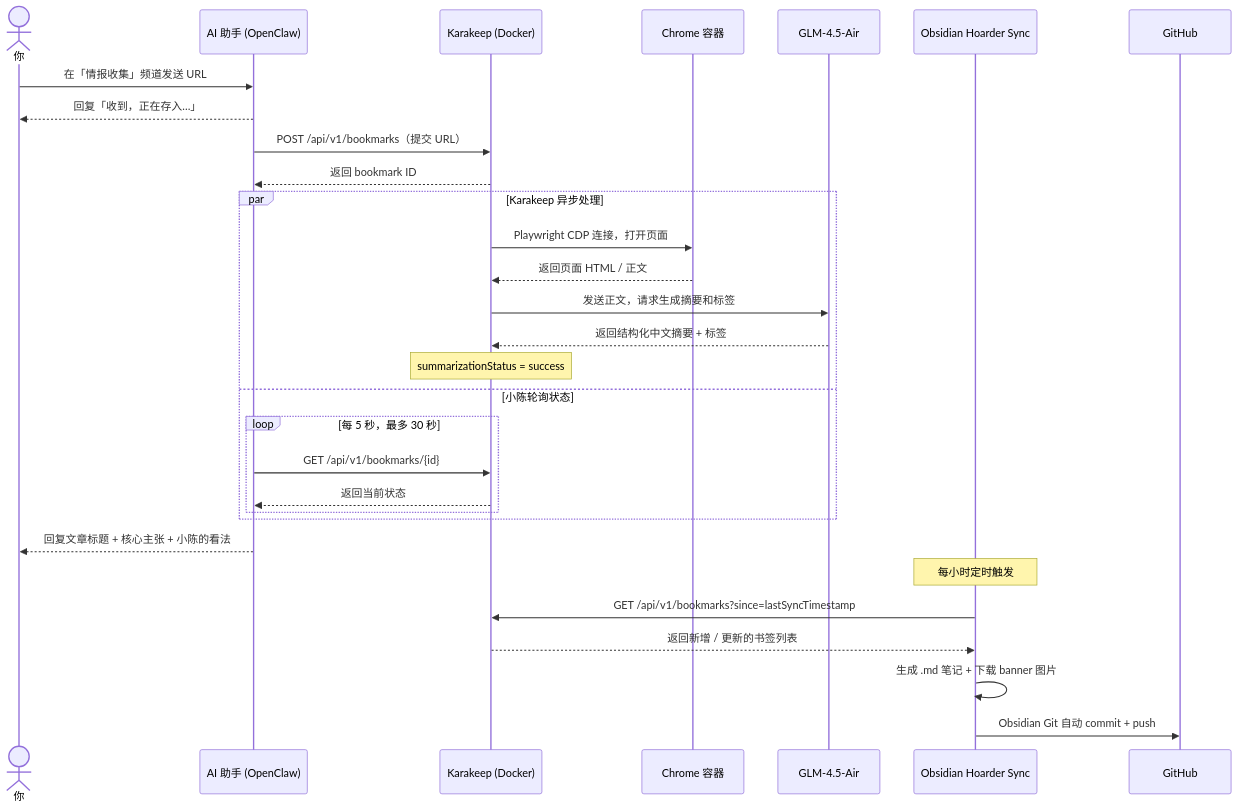
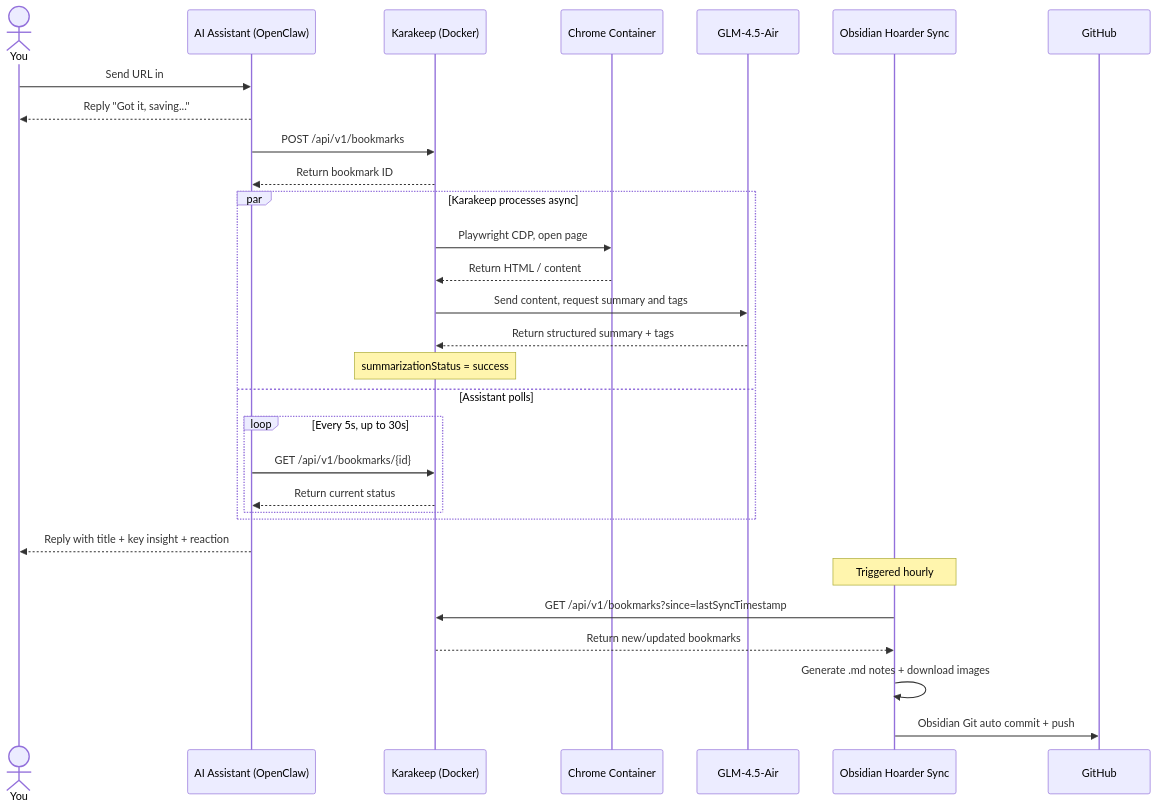
The diagram in README.md (ursazoo/personal-content-pipeline), drawn with Mermaid before and after one commit. The commit also changed other lines of this file and 1 other file, not shown here.

````diff
--- a/README.md
+++ b/README.md
@@ -38,36 +36,36 @@
 ```mermaid
 sequenceDiagram
-    actor 你
-    participant 小陈 as AI 助手 (OpenClaw)
+    actor You
+    participant Assistant as AI Assistant (OpenClaw)
     participant Karakeep as Karakeep (Docker)
-    participant Chrome as Chrome 容器
+    participant Chrome as Chrome Container
     participant GLM as GLM-4.5-Air
     participant Obsidian as Obsidian Hoarder Sync
     participant GitHub
 
-    你->>小陈: 在「情报收集」频道发送 URL
-    小陈-->>你: 回复「收到，正在存入…」
-    小陈->>Karakeep: POST /api/v1/bookmarks（提交 URL）
-    Karakeep-->>小陈: 返回 bookmark ID
+    You->>Assistant: Send URL in #intel channel
+    Assistant-->>You: Reply "Got it, saving..."
+    Assistant->>Karakeep: POST /api/v1/bookmarks
+    Karakeep-->>Assistant: Return bookmark ID
 
-    par Karakeep 异步处理
-        Karakeep->>Chrome: Playwright CDP 连接，打开页面
-        Chrome-->>Karakeep: 返回页面 HTML / 正文
-        Karakeep->>GLM: 发送正文，请求生成摘要和标签
-        GLM-->>Karakeep: 返回结构化中文摘要 + 标签
+    par Karakeep processes async
+        Karakeep->>Chrome: Playwright CDP, open page
+        Chrome-->>Karakeep: Return HTML / content
+        Karakeep->>GLM: Send content, request summary and tags
+        GLM-->>Karakeep: Return structured summary + tags
         Note over Karakeep: summarizationStatus = success
-    and 小陈轮询状态
-        loop 每 5 秒，最多 30 秒
-            小陈->>Karakeep: GET /api/v1/bookmarks/{id}
-            Karakeep-->>小陈: 返回当前状态
+    and Assistant polls
+        loop Every 5s, up to 30s
+            Assistant->>Karakeep: GET /api/v1/bookmarks/{id}
+            Karakeep-->>Assistant: Return current status
         end
     end
 
-    小陈-->>你: 回复文章标题 + 核心主张 + 小陈的看法
+    Assistant-->>You: Reply with title + key insight + reaction
 
-    Note over Obsidian: 每小时定时触发
+    Note over Obsidian: Triggered hourly
     Obsidian->>Karakeep: GET /api/v1/bookmarks?since=lastSyncTimestamp
-    Karakeep-->>Obsidian: 返回新增 / 更新的书签列表
-    Obsidian->>Obsidian: 生成 .md 笔记 + 下载 banner 图片
-    Obsidian->>GitHub: Obsidian Git 自动 commit + push
+    Karakeep-->>Obsidian: Return new/updated bookmarks
+    Obsidian->>Obsidian: Generate .md notes + download images
+    Obsidian->>GitHub: Obsidian Git auto commit + push
 ```
````
